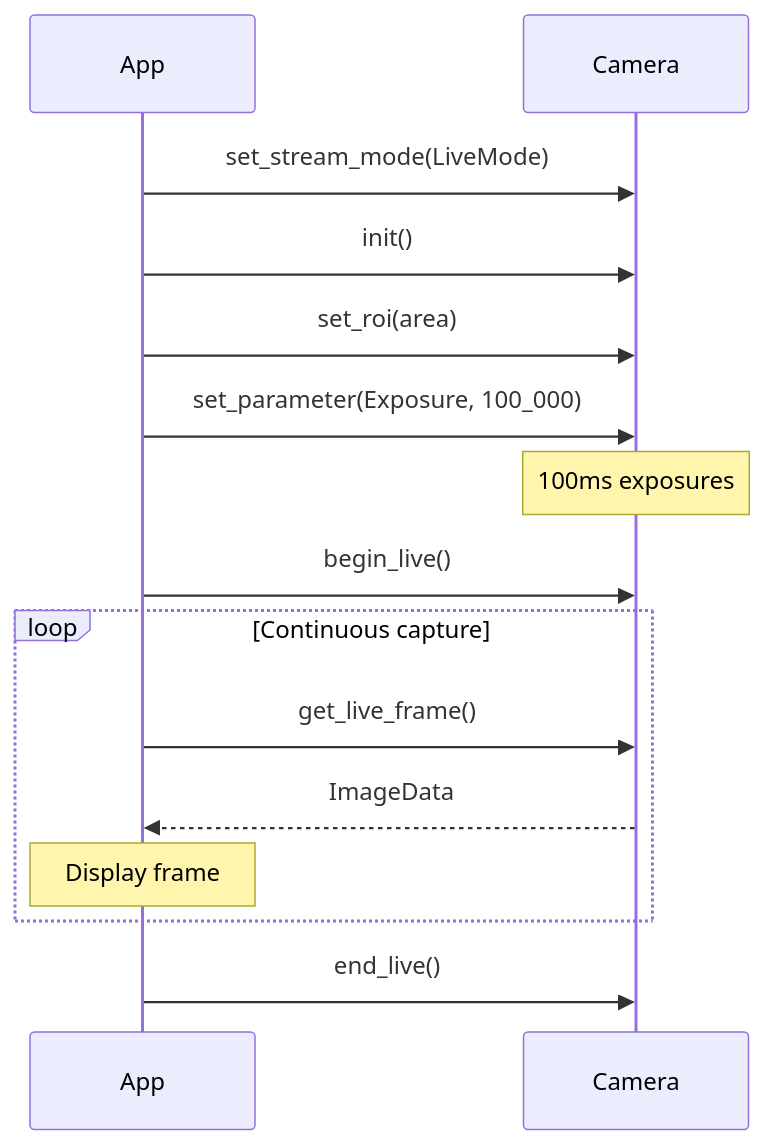
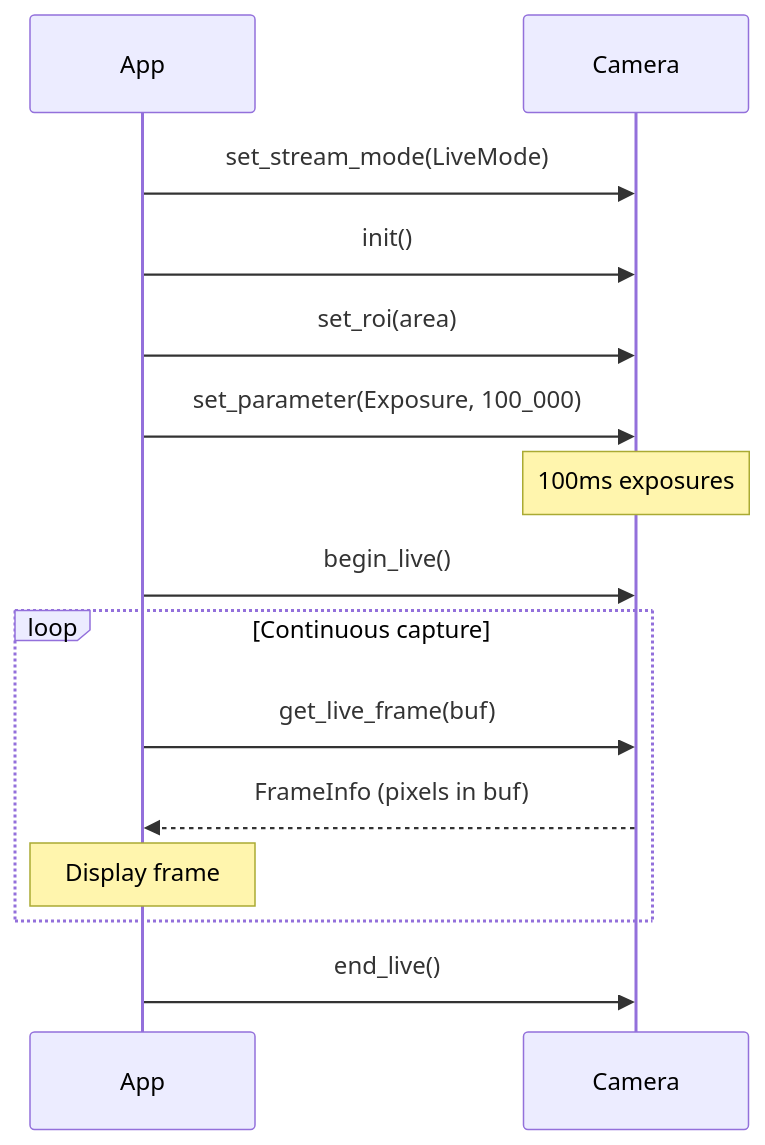
Diagram 17 of 19 in crates/qhyccd-rs/docs/qhyccd-rs.md (ivonnyssen/rusty-photon), drawn with Mermaid before and after one commit. The commit also changed other lines of this file and 2 other files, not shown here.

First line of the commit message:
docs(qhyccd-rs): document Phase 5 (module consolidation + caller-owned frame buffer)

````diff
--- a/crates/qhyccd-rs/docs/qhyccd-rs.md
+++ b/crates/qhyccd-rs/docs/qhyccd-rs.md
@@ -922,21 +921,21 @@
 ```mermaid
 sequenceDiagram
     participant App
     participant Camera
 
     App->>Camera: set_stream_mode(LiveMode)
     App->>Camera: init()
     App->>Camera: set_roi(area)
     App->>Camera: set_parameter(Exposure, 100_000)
     Note over Camera: 100ms exposures
 
     App->>Camera: begin_live()
 
     loop Continuous capture
-        App->>Camera: get_live_frame()
-        Camera-->>App: ImageData
+        App->>Camera: get_live_frame(buf)
+        Camera-->>App: FrameInfo (pixels in buf)
         Note over App: Display frame
     end
 
     App->>Camera: end_live()
 ```
````
